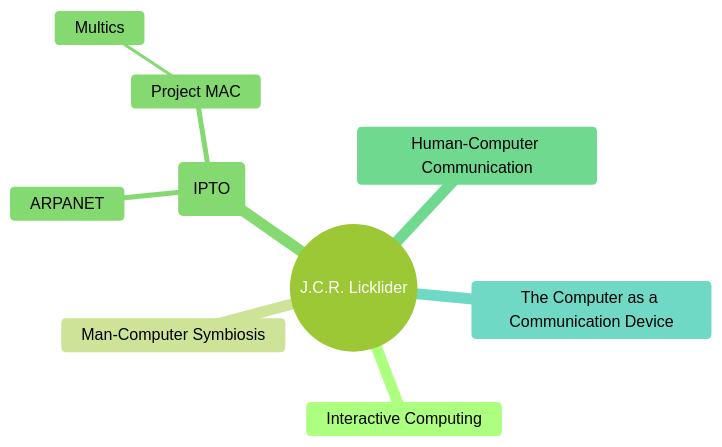
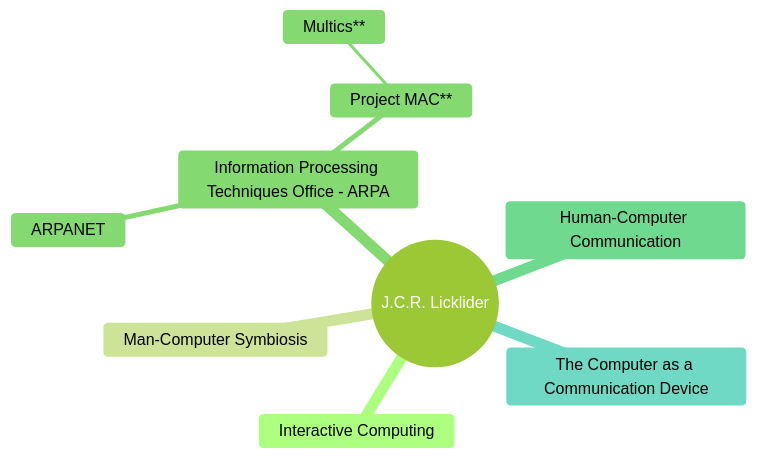
Diagram 11 of 13 in pages/act-1.md (Furkanzmc/cppnorth-2024-shoulders-we-stand-on), drawn with Mermaid (forest theme) before and after one commit. The commit also changed other lines of this file and 12 other files, not shown here.

````diff
--- a/pages/act-1.md
+++ b/pages/act-1.md
@@ -668,12 +657,12 @@
 ```mermaid
 mindmap
   root((J.C.R. Licklider))
     Interactive Computing
     Man-Computer Symbiosis
-    Information Processing Techniques Office (IPTO)
+    Information Processing Techniques Office - ARPA
       ARPANET
-      Project MAC
-        Multics
+      Project MAC**
+        Multics**
     Human-Computer Communication
     The Computer as a Communication Device
 ```
````
